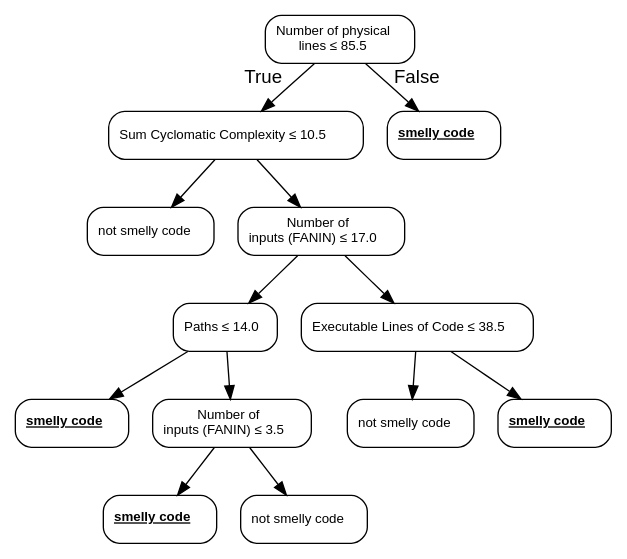
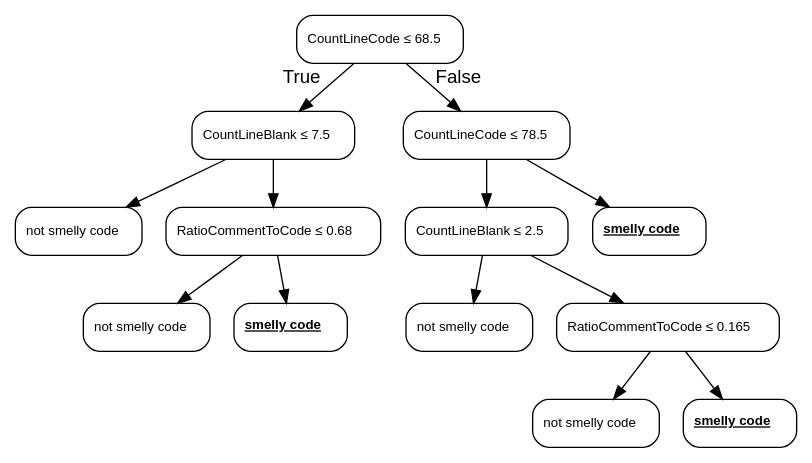
Before and after one commit to christianorossini/masterProject: the diagram in artefatos/models/dt/lm/dot/7_gini.dot, drawn with Graphviz. The commit also changed 74 other files, not shown here.

```diff
--- a/artefatos/models/dt/lm/dot/7_gini.dot
+++ b/artefatos/models/dt/lm/dot/7_gini.dot
@@ -1,29 +1,29 @@
 digraph Tree {
 node [color="black", fontname=helvetica, shape=box, style="rounded", width=0.5, fontsize=10];
 edge [fontname=helvetica];
-0 [label=<Number of physical<br/> lines &le; 85.5>];
-1 [label=<Sum Cyclomatic Complexity &le; 10.5>];
+0 [label=<CountLineCode &le; 68.5>];
+1 [label=<CountLineBlank &le; 7.5>];
 0 -> 1  [headlabel="True", labelangle=45, labeldistance="2.5"];
 3 [label=<not smelly code>];
 1 -> 3;
-4 [label=<Number of<br/> inputs (FANIN) &le; 17.0>];
+4 [label=<RatioCommentToCode &le; 0.68>];
 1 -> 4;
-5 [label=<Paths &le; 14.0>];
+5 [label=<not smelly code>];
 4 -> 5;
-9 [label=<<u><b>smelly code</b></u>>];
-5 -> 9;
-10 [label=<Number of<br/> inputs (FANIN) &le; 3.5>];
-5 -> 10;
-11 [label=<<u><b>smelly code</b></u>>];
+6 [label=<<u><b>smelly code</b></u>>];
+4 -> 6;
+2 [label=<CountLineCode &le; 78.5>];
+0 -> 2  [headlabel="False", labelangle="-45", labeldistance="2.5"];
+7 [label=<CountLineBlank &le; 2.5>];
+2 -> 7;
+9 [label=<not smelly code>];
+7 -> 9;
+10 [label=<RatioCommentToCode &le; 0.165>];
+7 -> 10;
+11 [label=<not smelly code>];
 10 -> 11;
-12 [label=<not smelly code>];
+12 [label=<<u><b>smelly code</b></u>>];
 10 -> 12;
-6 [label=<Executable Lines of Code &le; 38.5>];
-4 -> 6;
-7 [label=<not smelly code>];
-6 -> 7;
 8 [label=<<u><b>smelly code</b></u>>];
-6 -> 8;
-2 [label=<<u><b>smelly code</b></u>>];
-0 -> 2  [headlabel="False", labelangle="-45", labeldistance="2.5"];
+2 -> 8;
 }
```
